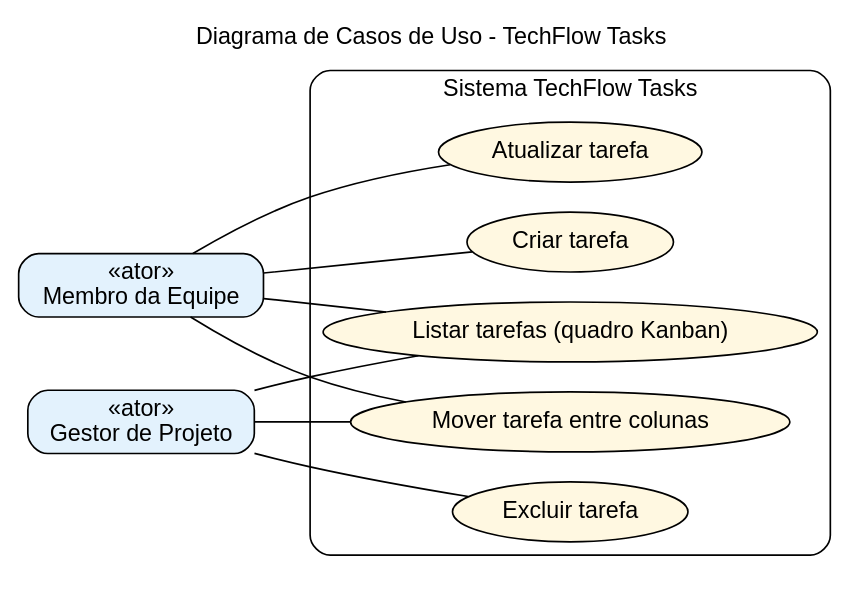
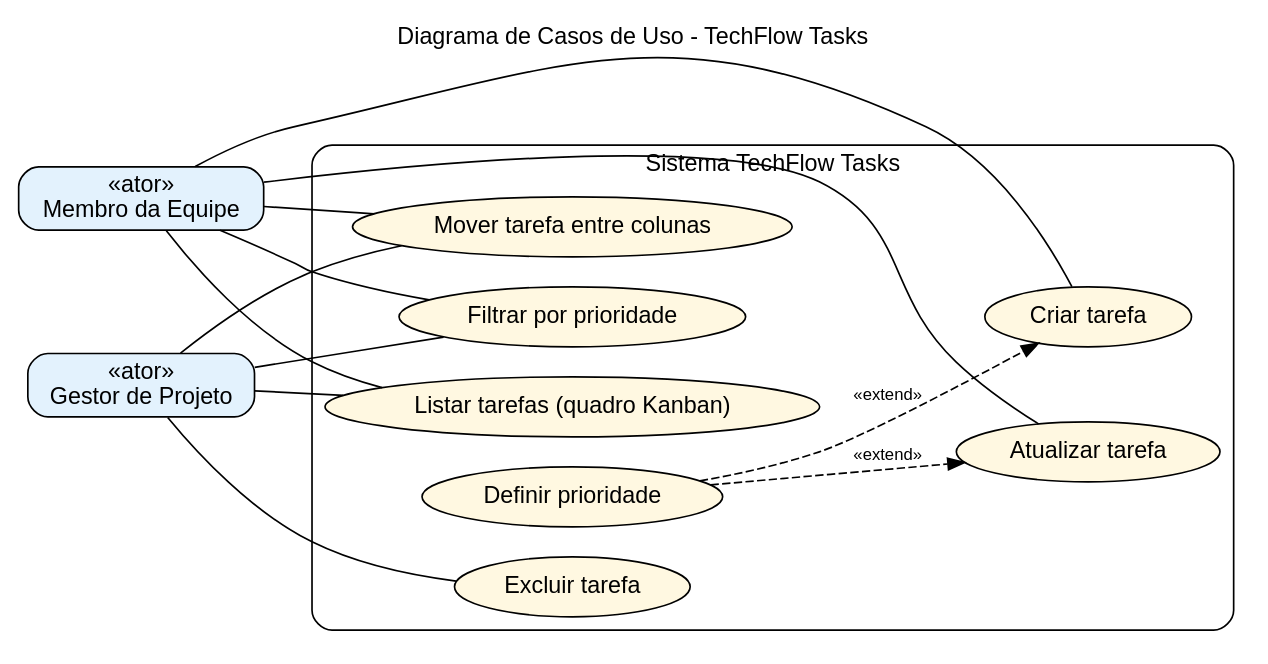
The diagram in docs/diagrama_casos_de_uso.dot (Fernando-dev241/techflow-tasks), drawn with Graphviz before and after one commit. The commit also changed 4 other files, not shown here.

Commit message:
docs: atualiza diagramas UML e README após a mudança de escopo

```diff
--- a/docs/diagrama_casos_de_uso.dot
+++ b/docs/diagrama_casos_de_uso.dot
@@ -1,23 +1,29 @@
 digraph casos_de_uso {
   rankdir=LR; fontname="Helvetica"; labelloc=t;
   label="Diagrama de Casos de Uso - TechFlow Tasks";
   node [fontname="Helvetica"]; edge [fontname="Helvetica"];
   membro [label="«ator»\nMembro da Equipe", shape=box, style="rounded,filled", fillcolor="#E3F2FD"];
   gestor [label="«ator»\nGestor de Projeto", shape=box, style="rounded,filled", fillcolor="#E3F2FD"];
   subgraph cluster_sistema {
     label="Sistema TechFlow Tasks"; style=rounded; fontname="Helvetica";
     node [shape=ellipse, style=filled, fillcolor="#FFF8E1"];
     uc1 [label="Criar tarefa"];
     uc2 [label="Listar tarefas (quadro Kanban)"];
     uc3 [label="Atualizar tarefa"];
     uc4 [label="Mover tarefa entre colunas"];
     uc5 [label="Excluir tarefa"];
+    uc6 [label="Definir prioridade"];
+    uc7 [label="Filtrar por prioridade"];
   }
   membro -> uc1 [arrowhead=none];
   membro -> uc2 [arrowhead=none];
   membro -> uc3 [arrowhead=none];
   membro -> uc4 [arrowhead=none];
   gestor -> uc2 [arrowhead=none];
   gestor -> uc5 [arrowhead=none];
   gestor -> uc4 [arrowhead=none];
+  gestor -> uc7 [arrowhead=none];
+  membro -> uc7 [arrowhead=none];
+  uc6 -> uc1 [style=dashed, label="«extend»", fontsize=10];
+  uc6 -> uc3 [style=dashed, label="«extend»", fontsize=10];
 }
```
